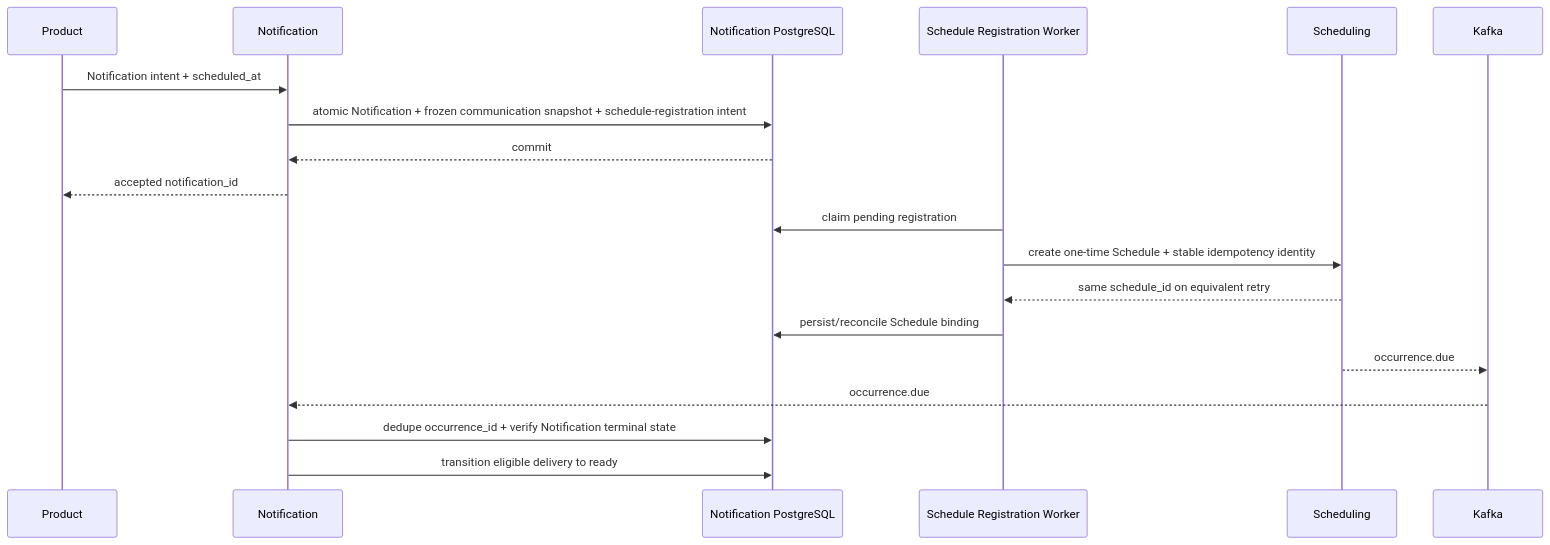
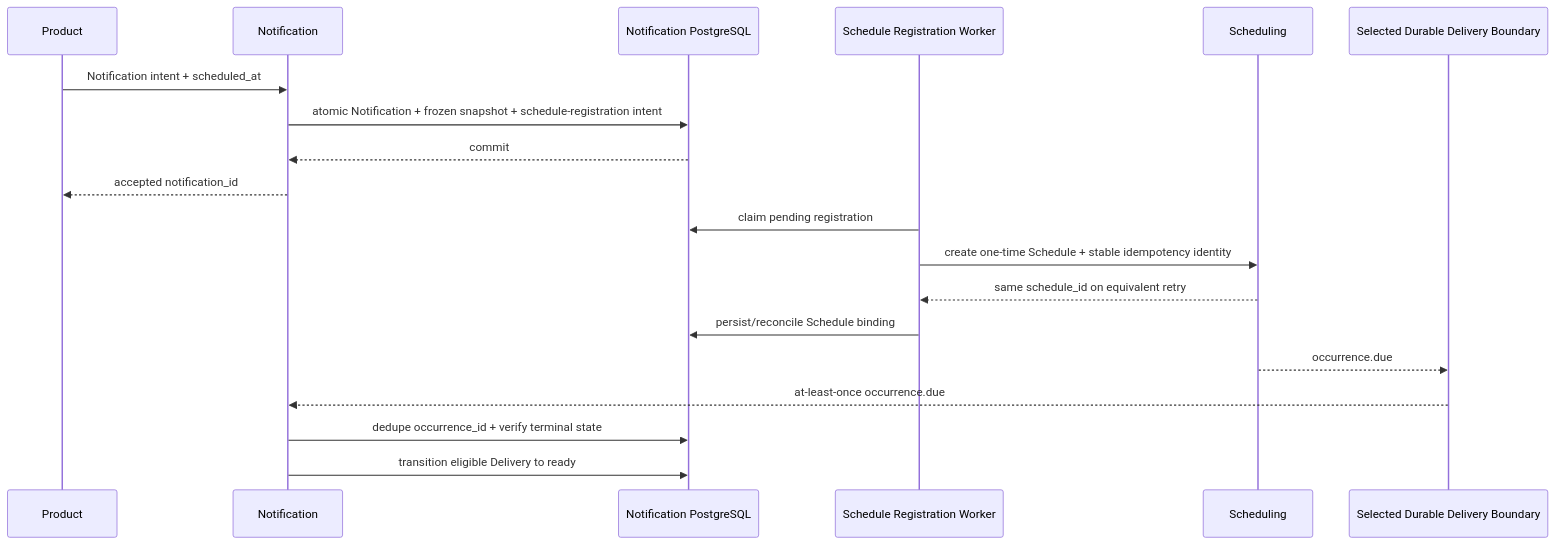
One commit to anshacerbia2/scnehaux-architecture changed the fourth of 7 diagrams in 04-system/scnehaux-notification-platform/scnehaux-notification-platform.sad.md. Above: the diagram before and after it, drawn with Mermaid. The commit also changed other lines of this file and 18 other files, not shown here.

````diff
--- a/04-system/scnehaux-notification-platform/scnehaux-notification-platform.sad.md
+++ b/04-system/scnehaux-notification-platform/scnehaux-notification-platform.sad.md
@@ -226,22 +269,22 @@
 ```mermaid
 sequenceDiagram
     participant P as Product
     participant N as Notification
     participant D as Notification PostgreSQL
     participant R as Schedule Registration Worker
     participant S as Scheduling
-    participant K as Kafka
+    participant M as Selected Durable Delivery Boundary
 
     P->>N: Notification intent + scheduled_at
-    N->>D: atomic Notification + frozen communication snapshot + schedule-registration intent
+    N->>D: atomic Notification + frozen snapshot + schedule-registration intent
     D-->>N: commit
     N-->>P: accepted notification_id
     R->>D: claim pending registration
     R->>S: create one-time Schedule + stable idempotency identity
     S-->>R: same schedule_id on equivalent retry
     R->>D: persist/reconcile Schedule binding
-    S-->>K: occurrence.due
-    K-->>N: occurrence.due
-    N->>D: dedupe occurrence_id + verify Notification terminal state
-    N->>D: transition eligible delivery to ready
+    S-->>M: occurrence.due
+    M-->>N: at-least-once occurrence.due
+    N->>D: dedupe occurrence_id + verify terminal state
+    N->>D: transition eligible Delivery to ready
 ```
````
